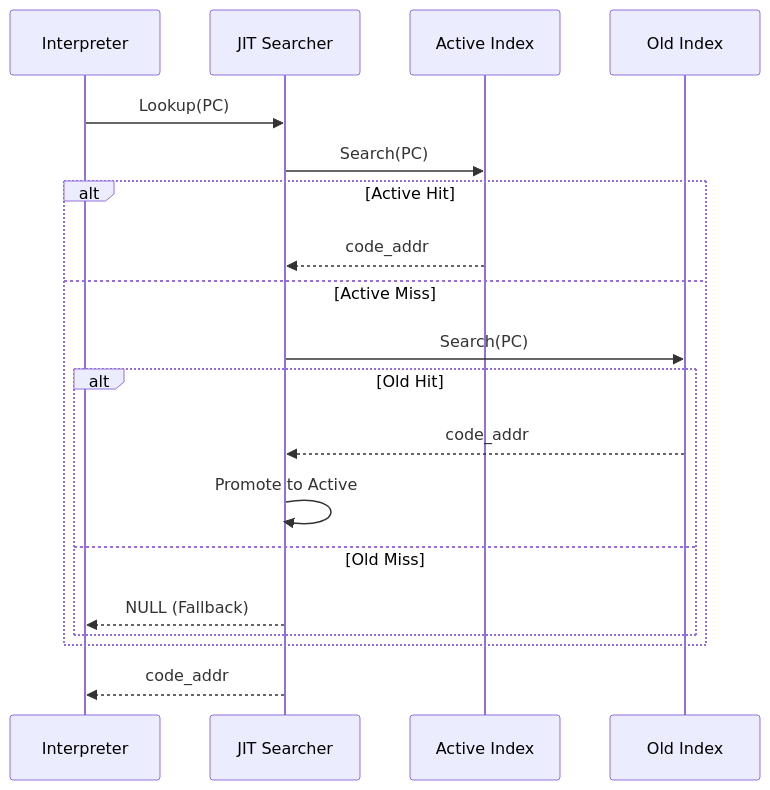
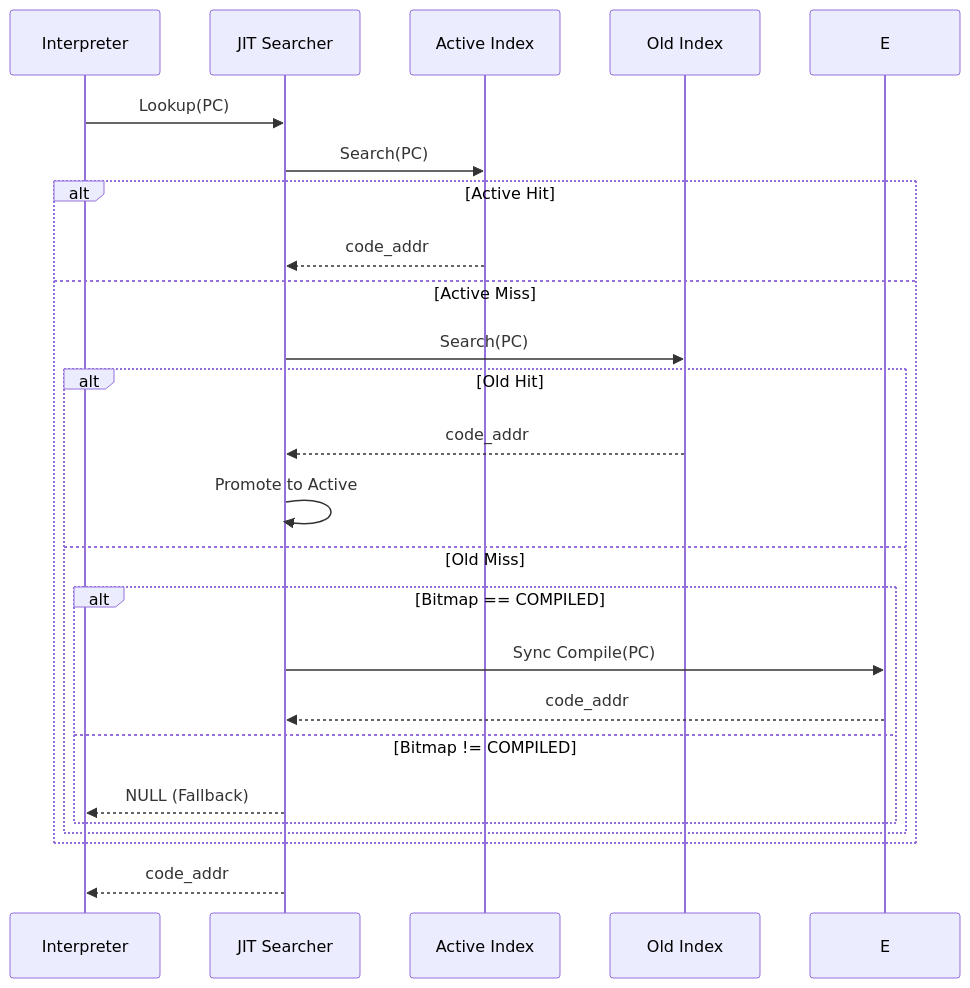
Before and after one commit to kmt-t/fireball: the second of 2 diagrams in docs/orders/components/jit_entry_index.md, drawn with Mermaid. The commit also changed other lines of this file and 3 other files, not shown here.

````diff
--- a/docs/orders/components/jit_entry_index.md
+++ b/docs/orders/components/jit_entry_index.md
@@ -57,22 +57,27 @@
 ```mermaid
 sequenceDiagram
     participant I as Interpreter
     participant M as JIT Searcher
     participant A as Active Index
     participant O as Old Index
 
     I->>M: Lookup(PC)
     M->>A: Search(PC)
     alt Active Hit
         A-->>M: code_addr
     else Active Miss
         M->>O: Search(PC)
         alt Old Hit
             O-->>M: code_addr
             M->>M: Promote to Active
         else Old Miss
-            M-->>I: NULL (Fallback)
+            alt Bitmap == COMPILED
+                M->>E: Sync Compile(PC)
+                E-->>M: code_addr
+            else Bitmap != COMPILED
+                M-->>I: NULL (Fallback)
+            end
         end
     end
     M-->>I: code_addr
 ```
````
